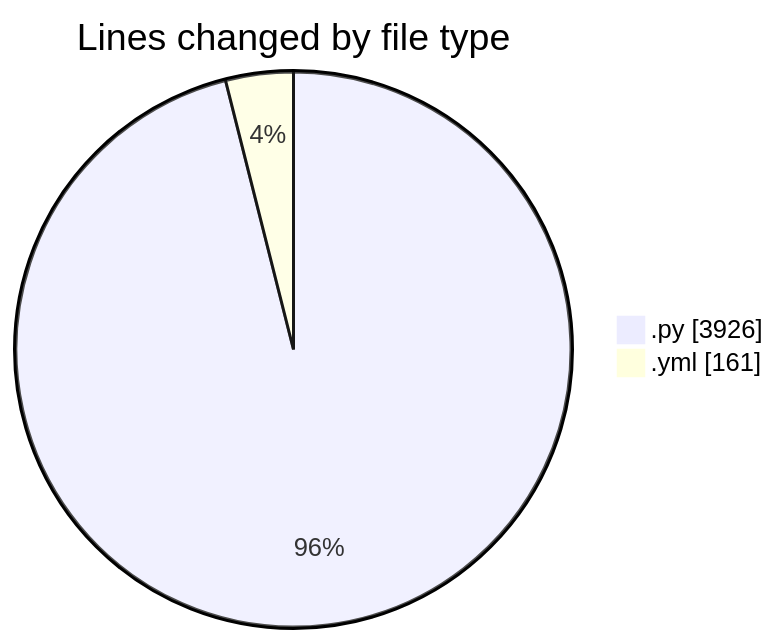
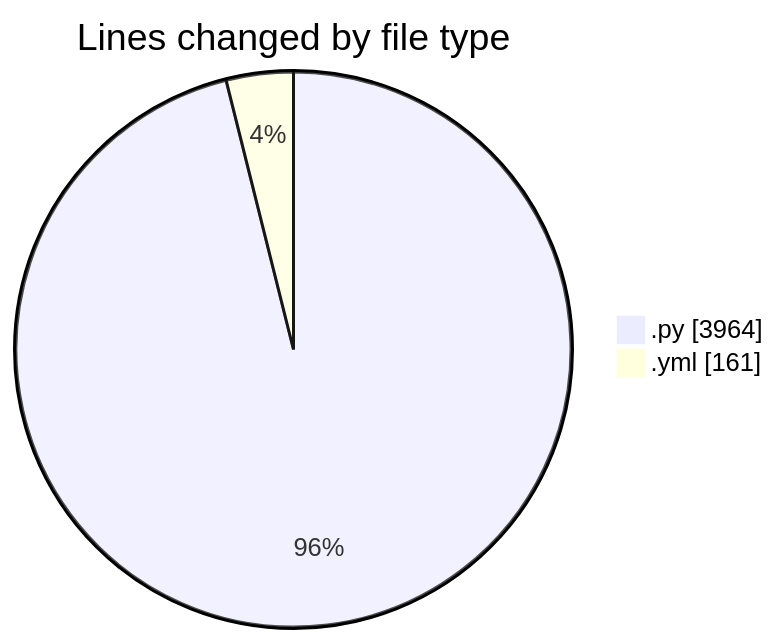
Before and after one commit to julien-gomy/code-tracking: the first of 2 diagrams in 2025-10-15/eventscop-api-guide__workspace_/README.md, drawn with Mermaid. The commit also changed other lines of this file and 1 other file, not shown here.

````diff
--- a/2025-10-15/eventscop-api-guide__workspace_/README.md
+++ b/2025-10-15/eventscop-api-guide__workspace_/README.md
@@ -28,6 +29,6 @@
 ```mermaid
 pie showData
 title Lines changed by file type
-".py" : 3926
+".py" : 3964
 ".yml" : 161
 ```
````
